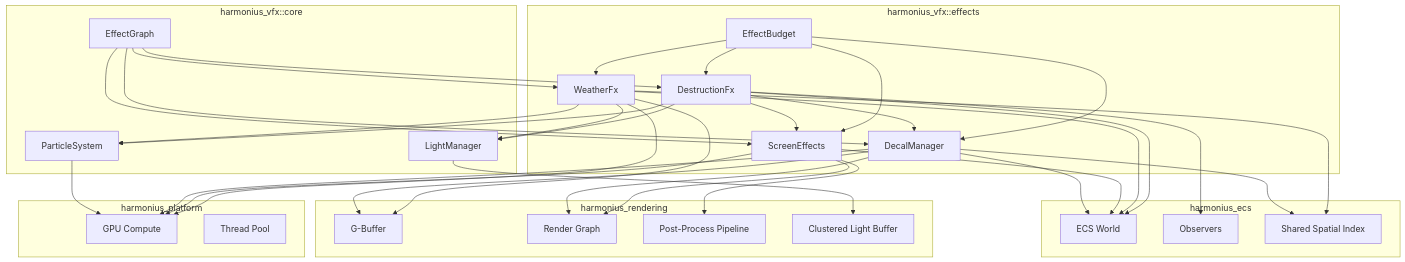
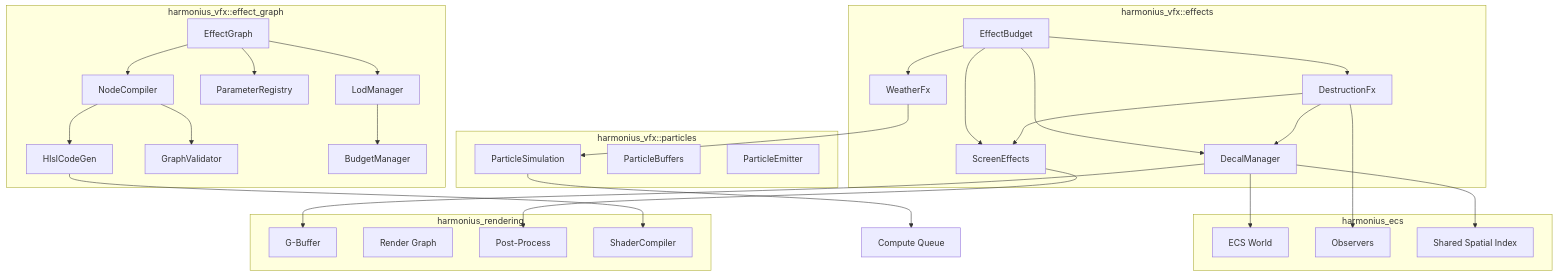
The first of 6 diagrams in docs/design/vfx/effects.md (harmonius-dev/harmonius), drawn with Mermaid before and after one commit. The commit also changed other lines of this file and 229 other files, not shown here.

````diff
--- a/docs/design/vfx/effects.md
+++ b/docs/design/vfx/effects.md
@@ -113,71 +141,61 @@
 ```mermaid
 graph TD
     subgraph "harmonius_vfx::effects"
         DM[DecalManager]
         SE[ScreenEffects]
         WX[WeatherFx]
         DX[DestructionFx]
         EB[EffectBudget]
     end
 
-    subgraph "harmonius_vfx::core"
-        PS[ParticleSystem]
+    subgraph "harmonius_vfx::effect_graph"
         EG[EffectGraph]
-        LM[LightManager]
+        NC[NodeCompiler]
+        HC[HlslCodeGen]
+        GV[GraphValidator]
+        PR[ParameterRegistry]
+        LM[LodManager]
+        BM[BudgetManager]
+    end
+
+    subgraph "harmonius_vfx::particles"
+        PS[ParticleSimulation]
+        PB[ParticleBuffers]
+        PE[ParticleEmitter]
     end
 
     subgraph "harmonius_ecs"
         EC[ECS World]
         OB[Observers]
         SI[Shared Spatial Index]
     end
 
     subgraph "harmonius_rendering"
         GB[G-Buffer]
         RG[Render Graph]
-        PP[Post-Process Pipeline]
-        CB[Clustered Light Buffer]
-    end
-
-    subgraph "harmonius_platform"
-        GPU[GPU Compute]
-        TP[Thread Pool]
+        PP[Post-Process]
+        SH[ShaderCompiler]
     end
 
     DM --> GB
-    DM --> RG
     DM --> SI
     SE --> PP
-    SE --> RG
     WX --> PS
-    WX --> GB
-    WX --> SI
-    DX --> PS
     DX --> DM
     DX --> SE
-
     EB --> DM
     EB --> SE
     EB --> WX
     EB --> DX
 
+    EG --> NC
+    NC --> HC
+    NC --> GV
+    EG --> PR
+    EG --> LM
+    LM --> BM
+    HC --> SH
+    PS --> GPU[Compute Queue]
     DM --> EC
-    SE --> EC
-    WX --> EC
-    DX --> EC
     DX --> OB
-
-    WX --> LM
-    DX --> LM
-    LM --> CB
-
-    PS --> GPU
-    DM --> GPU
-    SE --> GPU
-    WX --> GPU
-
-    EG --> DM
-    EG --> SE
-    EG --> WX
-    EG --> DX
 ```
````
